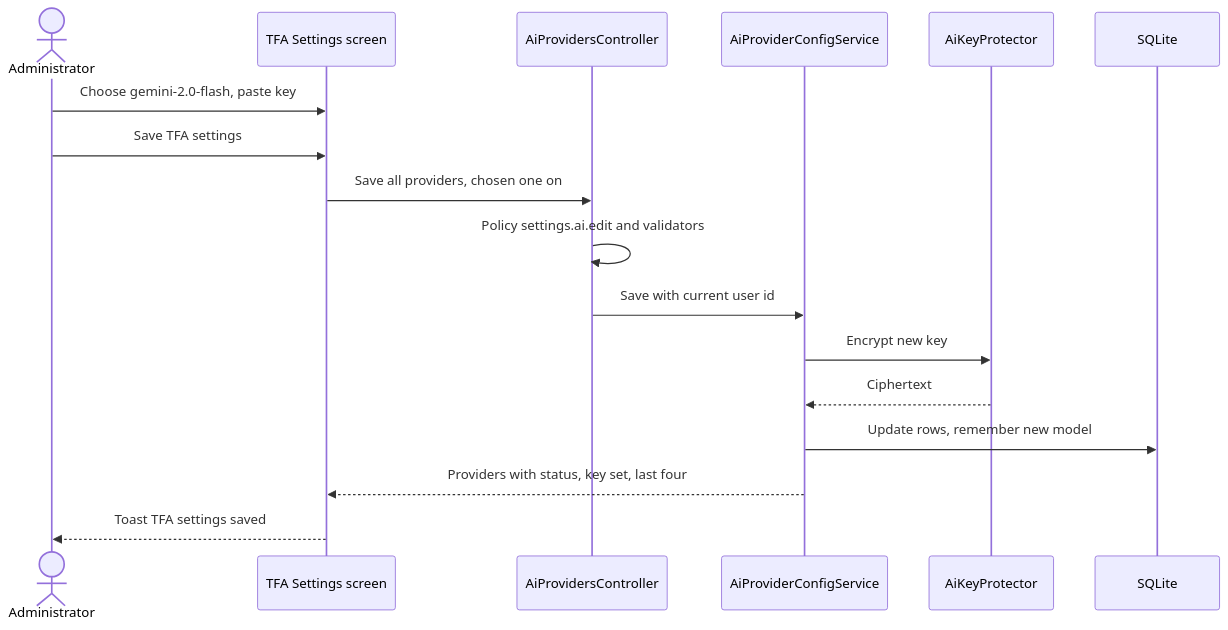
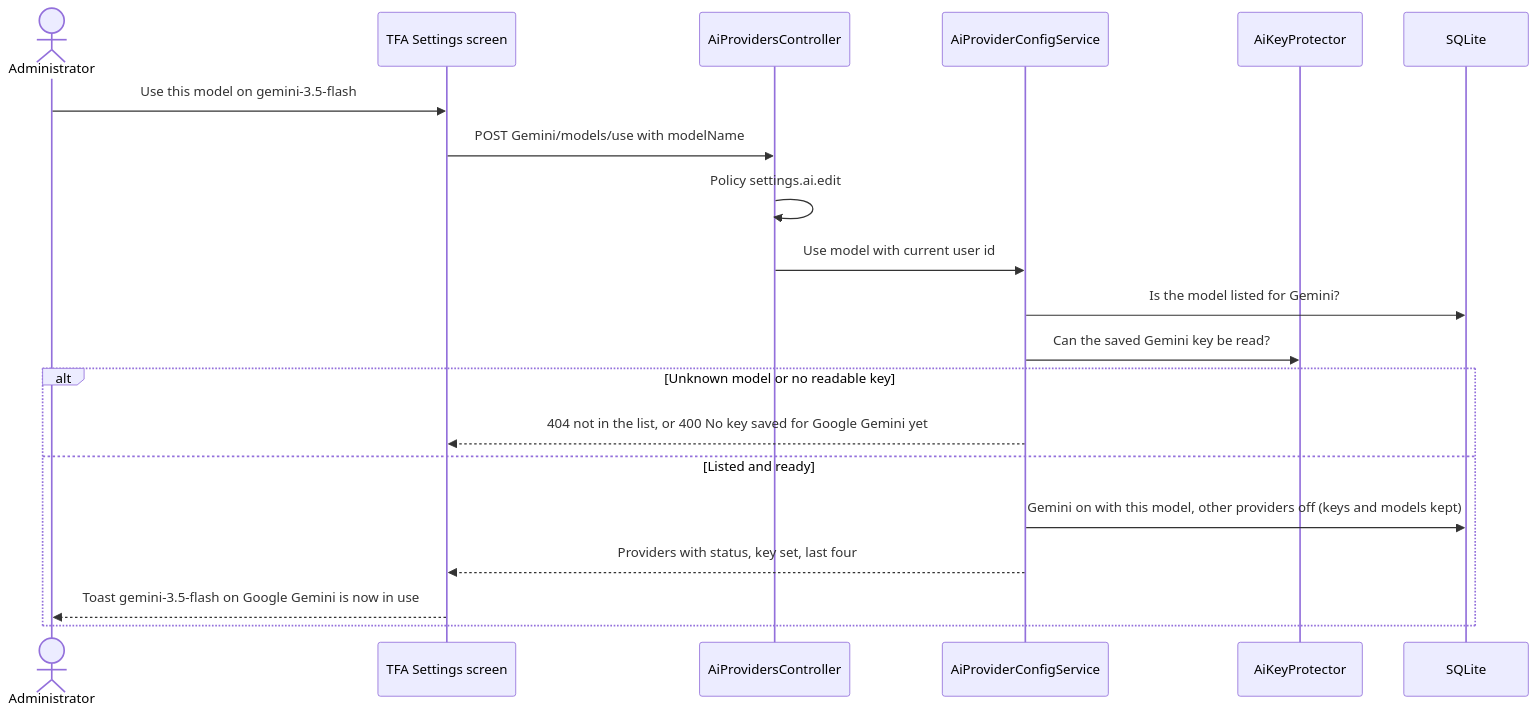
The fifth of 8 diagrams in TF - Documents/TF - HLD/06-Settings/06.3-TFA-Settings/HLD-TFA-Settings.md (jojogeorge3344/TaskFlow-Project), drawn with Mermaid before and after one commit. The commit also changed other lines of this file and 103 other files, not shown here.

First line of the commit message:
feat(tfa): add AI model page, model ID check, read-only model list and edit

````diff
--- a/TF - Documents/TF - HLD/06-Settings/06.3-TFA-Settings/HLD-TFA-Settings.md
+++ b/TF - Documents/TF - HLD/06-Settings/06.3-TFA-Settings/HLD-TFA-Settings.md
@@ -284,19 +310,22 @@
 ```mermaid
 sequenceDiagram
   actor A as Administrator
   participant SPA as TFA Settings screen
   participant API as AiProvidersController
   participant CFG as AiProviderConfigService
   participant KP as AiKeyProtector
   participant DB as SQLite
-  A->>SPA: Choose gemini-2.0-flash, paste key
-  A->>SPA: Save TFA settings
-  SPA->>API: Save all providers, chosen one on
-  API->>API: Policy settings.ai.edit and validators
-  API->>CFG: Save with current user id
-  CFG->>KP: Encrypt new key
-  KP-->>CFG: Ciphertext
-  CFG->>DB: Update rows, remember new model
-  CFG-->>SPA: Providers with status, key set, last four
-  SPA-->>A: Toast TFA settings saved
+  A->>SPA: Use this model on gemini-3.5-flash
+  SPA->>API: POST Gemini/models/use with modelName
+  API->>API: Policy settings.ai.edit
+  API->>CFG: Use model with current user id
+  CFG->>DB: Is the model listed for Gemini?
+  CFG->>KP: Can the saved Gemini key be read?
+  alt Unknown model or no readable key
+    CFG-->>SPA: 404 not in the list, or 400 No key saved for Google Gemini yet
+  else Listed and ready
+    CFG->>DB: Gemini on with this model, other providers off (keys and models kept)
+    CFG-->>SPA: Providers with status, key set, last four
+    SPA-->>A: Toast gemini-3.5-flash on Google Gemini is now in use
+  end
 ```
````
